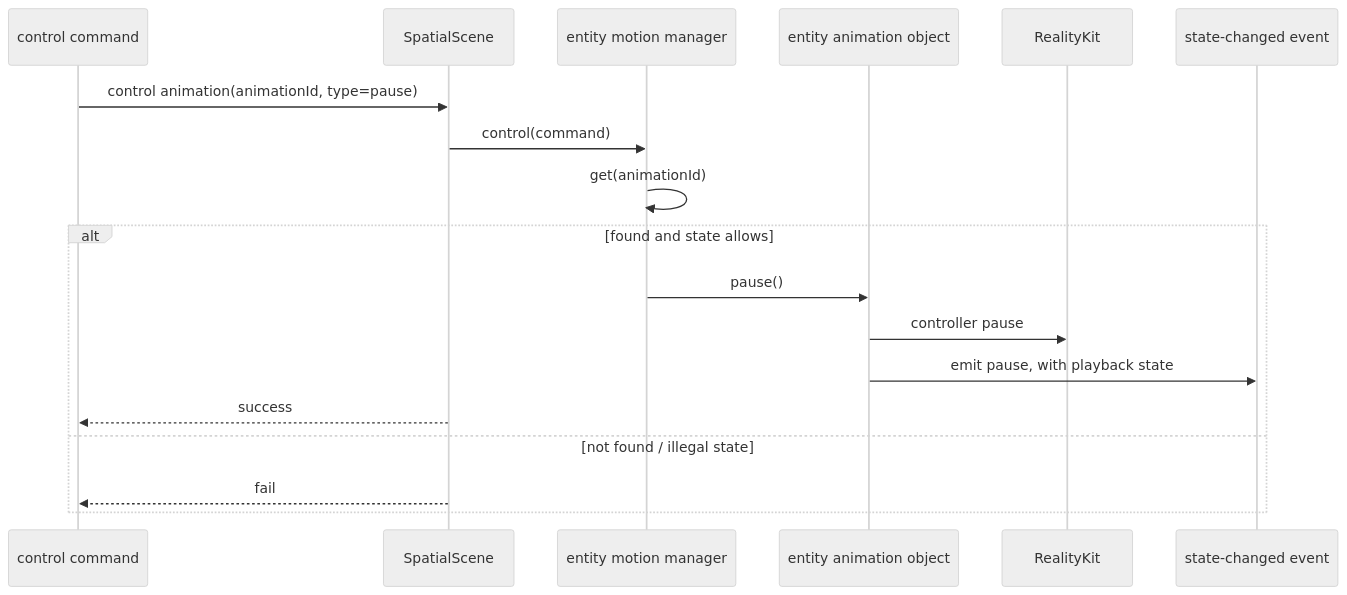
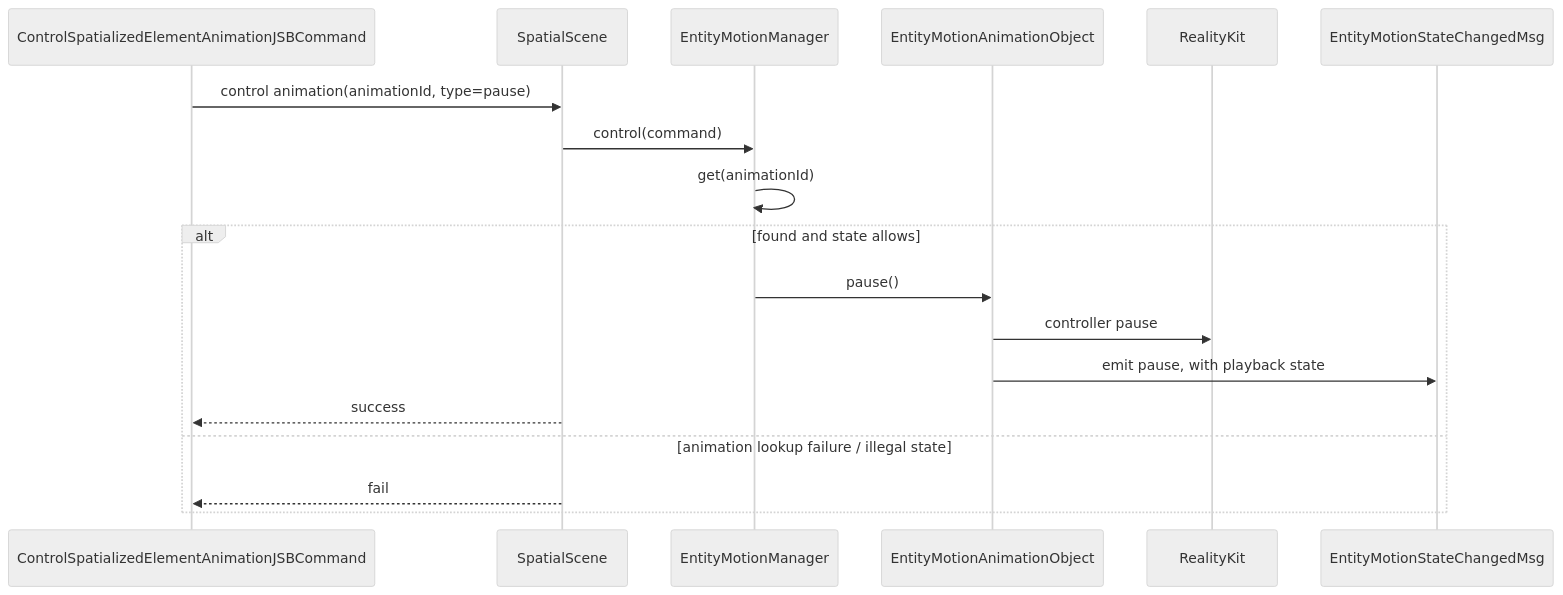
Before and after one commit to webspatial/webspatial-sdk: diagram 12 of 14 in openspec/changes/redesign-entity-motion-api/design.md, drawn with Mermaid (neutral theme). The commit also changed other lines of this file and 3 other files, not shown here.

Commit message:
update spec structure and diagram

````diff
--- a/openspec/changes/redesign-entity-motion-api/design.md
+++ b/openspec/changes/redesign-entity-motion-api/design.md
@@ -834,21 +948,21 @@
 ```mermaid
 sequenceDiagram
-    participant JSB as control command
+    participant JSB as ControlSpatializedElementAnimationJSBCommand
     participant Scene as SpatialScene
-    participant Manager as entity motion manager
-    participant Obj as entity animation object
+    participant Manager as EntityMotionManager
+    participant Obj as EntityMotionAnimationObject
     participant RK as RealityKit
-    participant Event as state-changed event
+    participant Event as EntityMotionStateChangedMsg
 
     JSB->>Scene: control animation(animationId, type=pause)
     Scene->>Manager: control(command)
     Manager->>Manager: get(animationId)
     alt found and state allows
         Manager->>Obj: pause()
         Obj->>RK: controller pause
         Obj->>Event: emit pause, with playback state
         Scene-->>JSB: success
-    else not found / illegal state
+    else animation lookup failure / illegal state
         Scene-->>JSB: fail
     end
 ```
````
